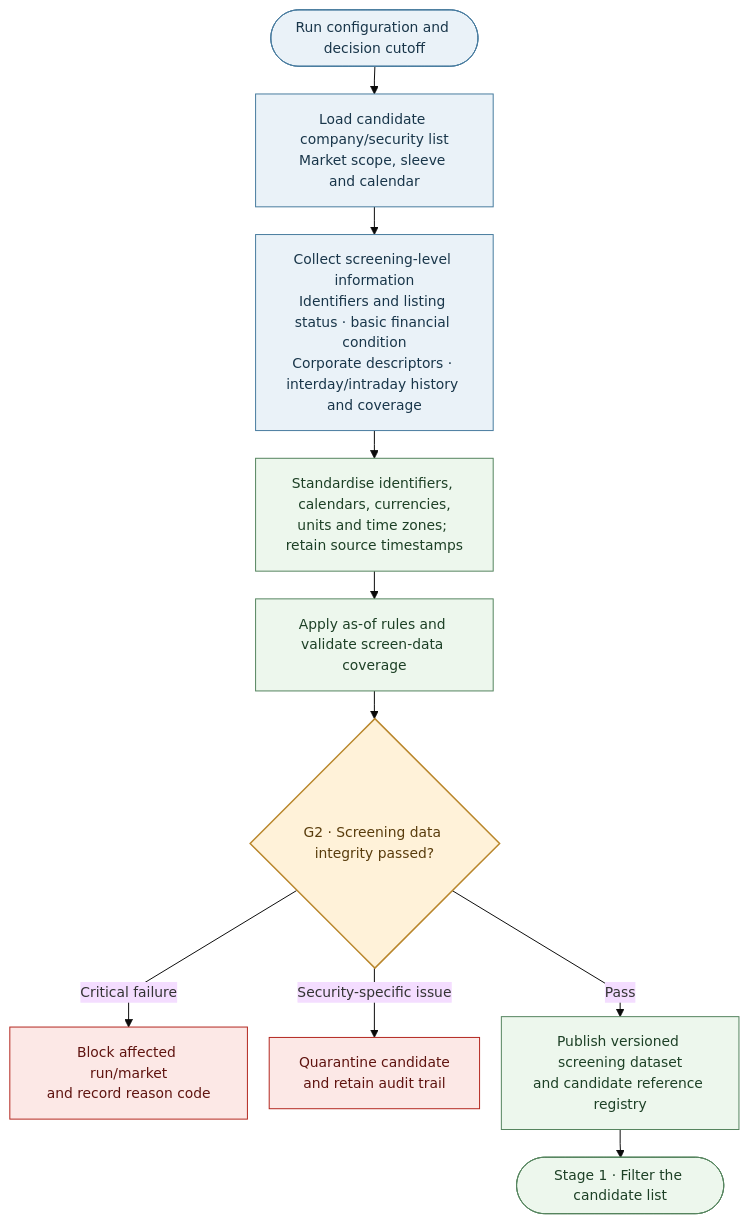
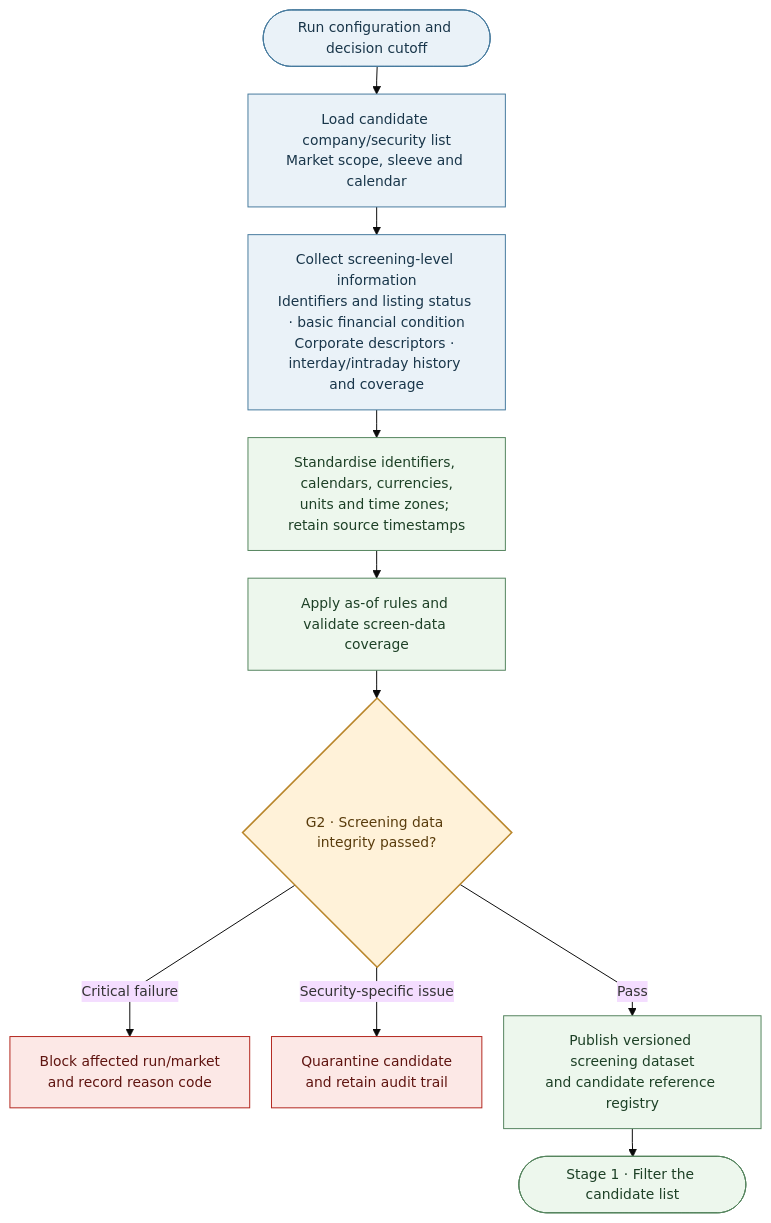
The fourth of 15 diagrams in docs/AQP OVERVIEW.md (dannysilverio6-creator/AQP---LSEG), drawn with Mermaid before and after one commit. The commit also changed other lines of this file, not shown here.

````diff
--- a/docs/AQP OVERVIEW.md
+++ b/docs/AQP OVERVIEW.md
@@ -288,21 +289,21 @@
 ```mermaid
-%%{init: {"theme": "base", "flowchart": {"nodeSpacing": 22, "rankSpacing": 28, "wrappingWidth": 180, "diagramPadding": 18, "curve": "linear"}, "themeVariables": {"fontSize": "14px"}}}%%
+%%{init: {"theme": "base", "flowchart": {"nodeSpacing": 22, "rankSpacing": 28, "curve": "linear"}, "themeVariables": {"fontSize": "14px"}}}%%
 flowchart TB
     A([Run configuration and decision cutoff]) --> B["Load candidate company/security list<br/>Market scope, sleeve and calendar"]
     B --> C["Collect screening-level information<br/>Identifiers and listing status · basic financial condition<br/>Corporate descriptors · interday/intraday history and coverage"]
     C --> D["Standardise identifiers, calendars, currencies,<br/>units and time zones; retain source timestamps"]
     D --> E["Apply as-of rules and validate screen-data coverage"]
     E --> F{G2 · Screening data integrity passed?}
     F -->|Critical failure| X["Block affected run/market<br/>and record reason code"]
     F -->|Security-specific issue| Q["Quarantine candidate<br/>and retain audit trail"]
     F -->|Pass| R["Publish versioned screening dataset<br/>and candidate reference registry"]
     R --> S([Stage 1 · Filter the candidate list])
     classDef input fill:#eaf2f8,stroke:#477b9e,color:#19364a;
     classDef process fill:#edf7ed,stroke:#54845e,color:#1d4026;
     classDef gate fill:#fff2d9,stroke:#b9862b,color:#593c0c,stroke-width:1.5px;
     classDef stop fill:#fce8e6,stroke:#b3261e,color:#5f1410;
     class A,B,C input;
     class D,E,R,S process;
     class F gate;
     class X,Q stop;
 ```
````
